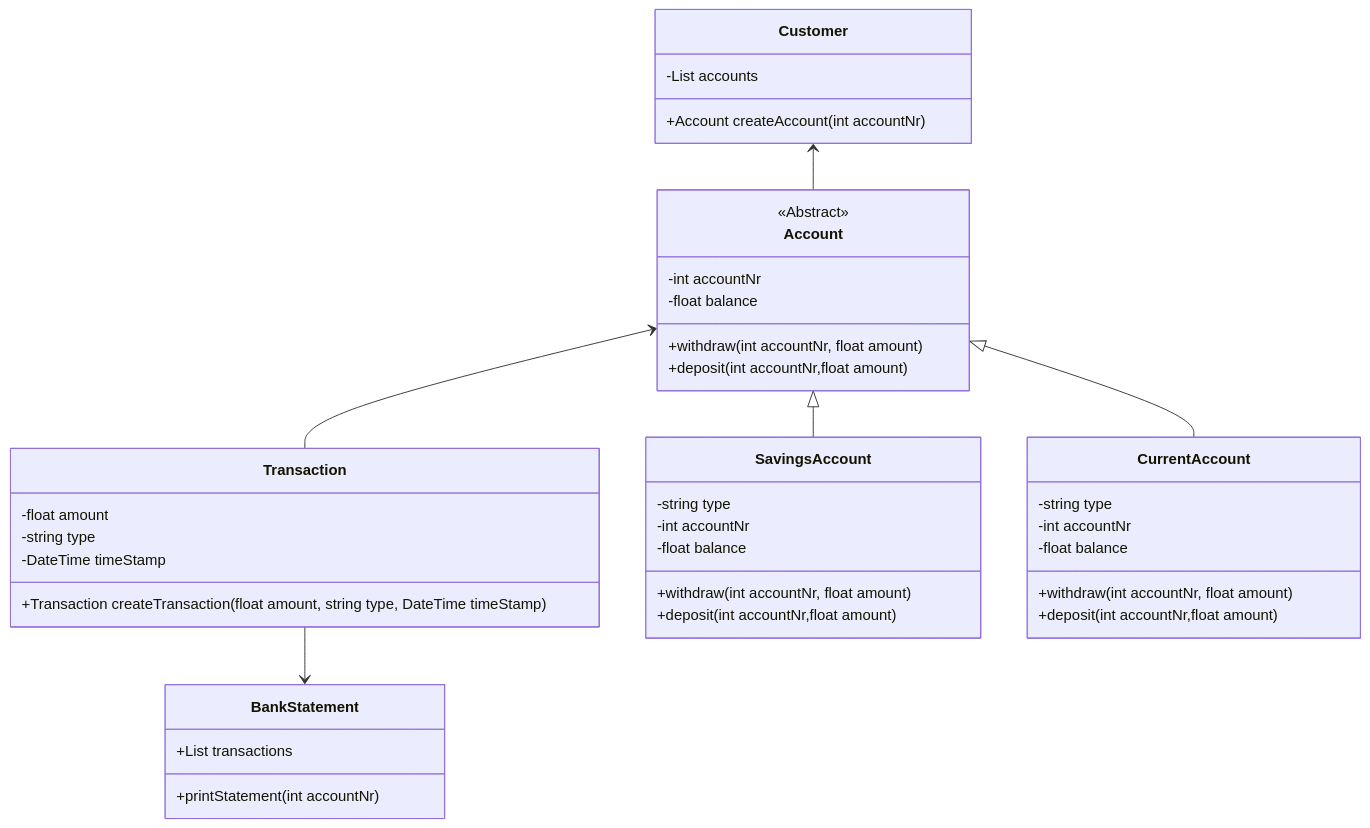
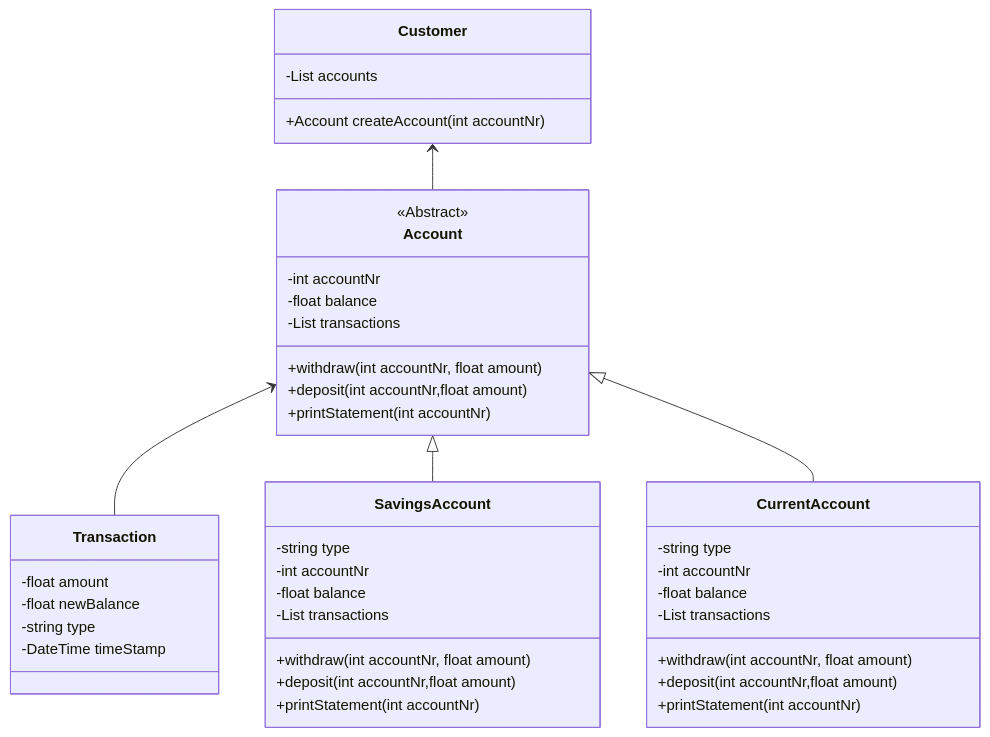
One commit to boolean-uk/csharp-tdd-oop-bank-challenge changed the diagram in classDiagram.mmd. Above: the diagram before and after it, drawn with Mermaid. The commit also changed 2 other files, not shown here.

Commit message:
Updated domain model and class diagram to account for the neccesary changes

```diff
--- a/classDiagram.mmd
+++ b/classDiagram.mmd
@@ -1,43 +1,44 @@
 classDiagram
 
     Customer <-- Account
-    Transaction --> BankStatement
     Account <-- Transaction
     Account <|-- SavingsAccount
     Account <|-- CurrentAccount
     class Customer {
         -List<Account> accounts
         +Account createAccount(int accountNr)
     }
 
     class Account{
         <<Abstract>>
         -int accountNr
         -float balance
+        -List<Transaction> transactions
         +withdraw(int accountNr, float amount)
         +deposit(int accountNr,float amount)
+        +printStatement(int accountNr)
     }
     class CurrentAccount{
         -string type
         -int accountNr
         -float balance
+        -List<Transaction> transactions
         +withdraw(int accountNr, float amount)
         +deposit(int accountNr,float amount)
+        +printStatement(int accountNr)
     }
     class SavingsAccount{
         -string type
         -int accountNr
         -float balance
+        -List<Transaction> transactions
         +withdraw(int accountNr, float amount)
         +deposit(int accountNr,float amount)
+        +printStatement(int accountNr)
     }
     class Transaction{
         -float amount
+        -float newBalance
         -string type
         -DateTime timeStamp
-        +Transaction createTransaction(float amount, string type, DateTime timeStamp)
     }
-    class BankStatement{
-        +List<Transaction> transactions
-        +printStatement(int accountNr)
-    }
```
